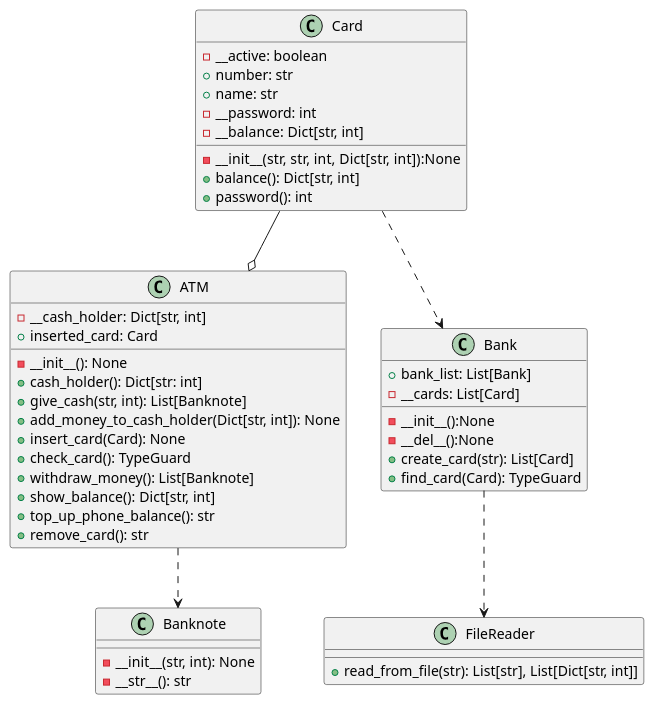
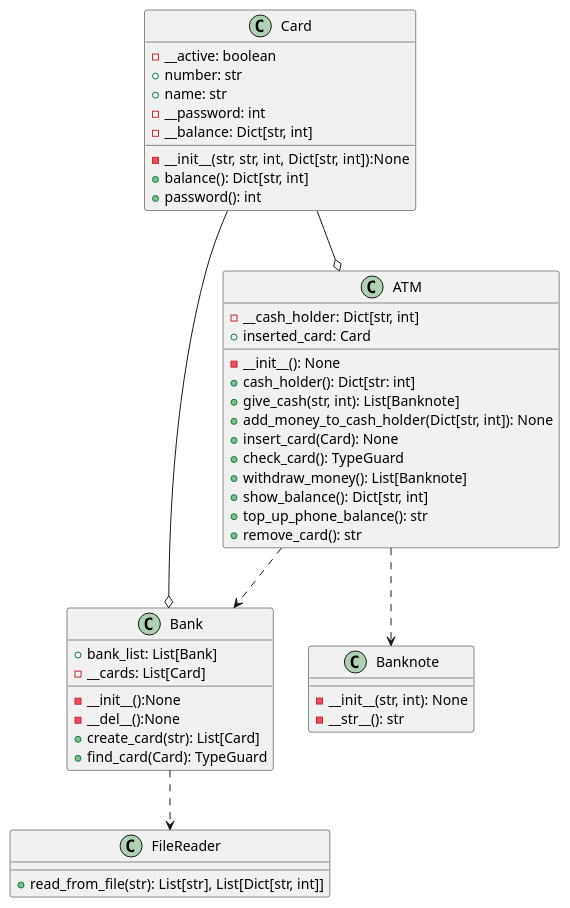
One commit to anadeg/ISPP changed the diagram in 1/plantuml/classes_dia.puml. Above: the diagram before and after it, drawn with PlantUML.

Commit message:
rework class diagram

```diff
--- a/1/plantuml/classes_dia.puml
+++ b/1/plantuml/classes_dia.puml
@@ -1,56 +1,58 @@
 @startuml
 'https://plantuml.com/class-diagram
 
 class ATM
 {
 -__cash_holder: Dict[str, int]
 +inserted_card: Card
 -__init__(): None
 +cash_holder(): Dict[str: int]
 +give_cash(str, int): List[Banknote]
 +add_money_to_cash_holder(Dict[str, int]): None
 +insert_card(Card): None
 +check_card(): TypeGuard
 +withdraw_money(): List[Banknote]
 +show_balance(): Dict[str, int]
 +top_up_phone_balance(): str
 +remove_card(): str
 }
 class Bank
 {
 +bank_list: List[Bank]
 -__cards: List[Card]
 -__init__():None
 -__del__():None
 +create_card(str): List[Card]
 +find_card(Card): TypeGuard
 }
 class Banknote
 {
 -__init__(str, int): None
 -__str__(): str
 }
 class Card
 {
 -__active: boolean
 +number: str
 +name: str
 -__password: int
 -__balance: Dict[str, int]
 -__init__(str, str, int, Dict[str, int]):None
 +balance(): Dict[str, int]
 +password(): int
 }
 class FileReader
 {
 +read_from_file(str): List[str], List[Dict[str, int]]
 }
 
 ATM ..> Banknote
+ATM ..> Bank
+
+Card --o ATM
+Card --o Bank
 
 Bank ..> FileReader
 
-Card ..> Bank
-Card --o ATM
 
 @enduml
```
